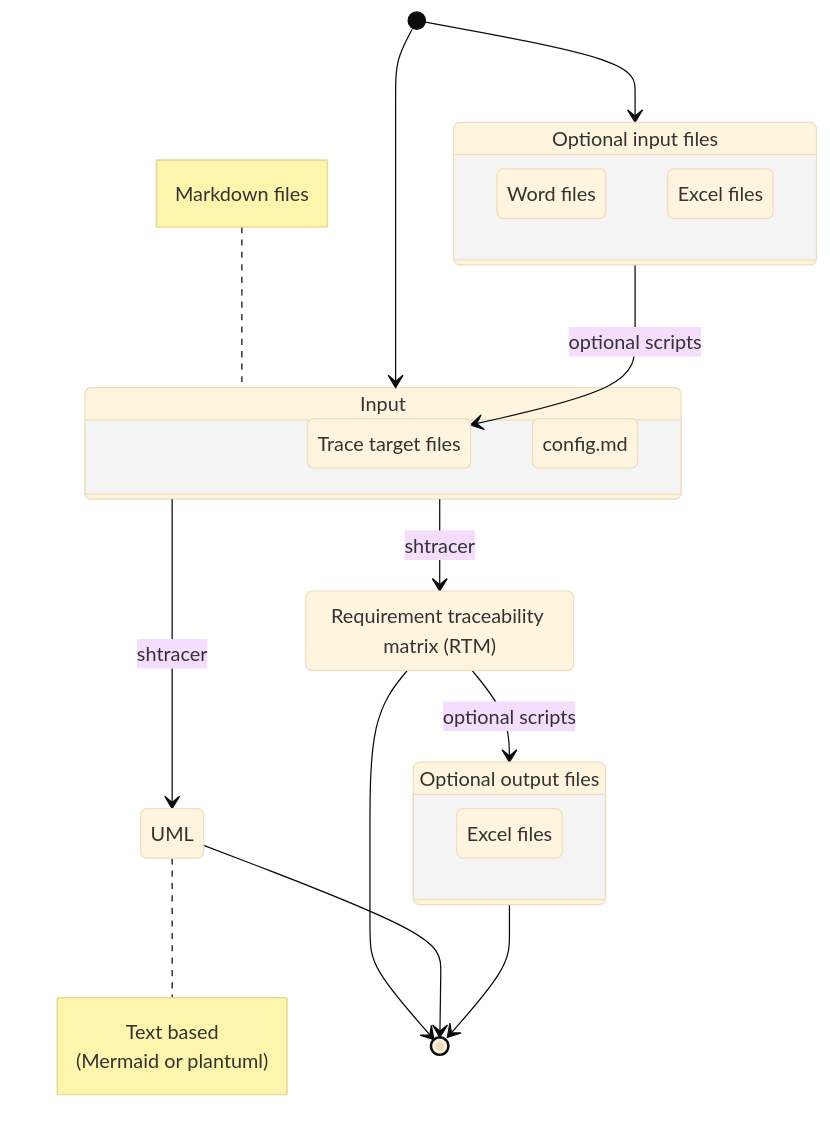
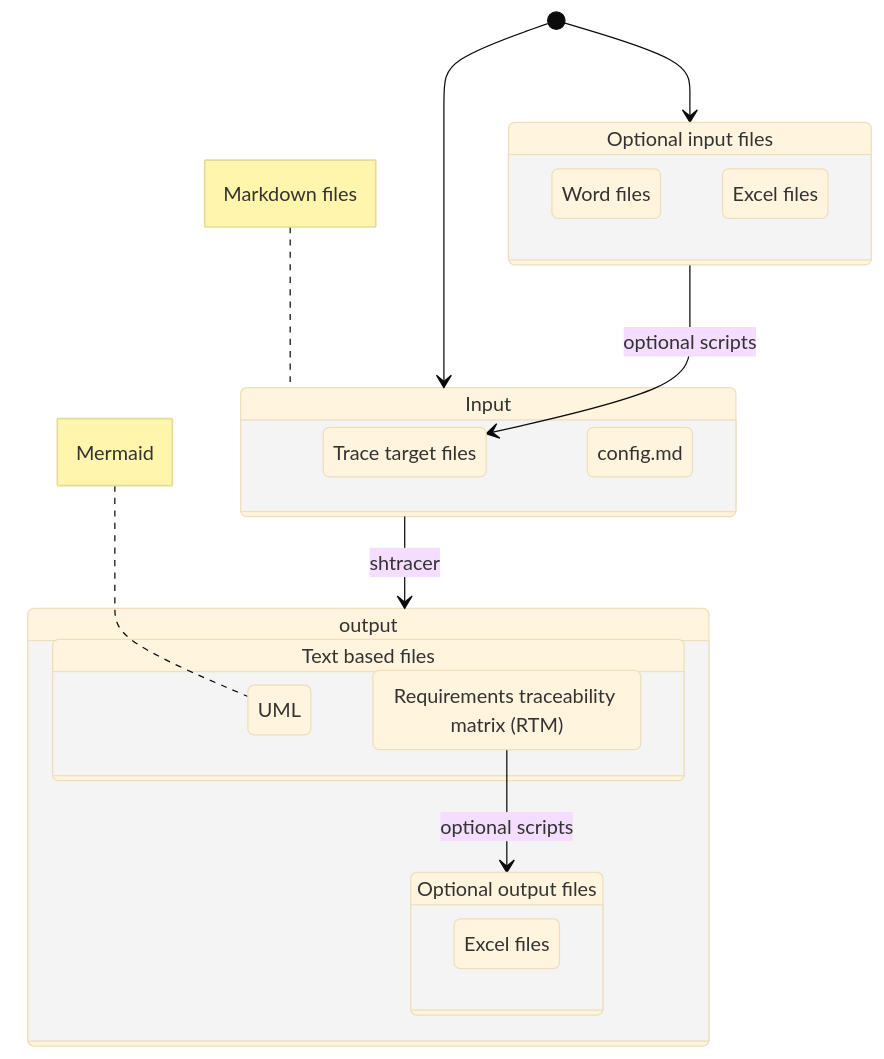
The first of 2 diagrams in README.md (qq3g7bad/shtracer), drawn with Mermaid (base theme) before and after one commit. The commit also changed other lines of this file and 18 other files, not shown here.

````diff
--- a/README.md
+++ b/README.md
@@ -12,43 +12,45 @@
 ```mermaid
 stateDiagram
 
-rtm:Requirement traceability matrix (RTM)
-uml:UML
-
 input:Input
 opt_input:Optional input files
-opt_output:Optional output files
 
 state input {
   targetfiles:Trace target files
   config:config.md
 }
 state opt_input {
   wordinput:Word files
   excelinput:Excel files
 }
+note left of input
+  Markdown files
+end note
+
+note left of uml
+  Mermaid
+end note
+
+[*] --> input
+[*] --> opt_input
+
+opt_input --> targetfiles : optional scripts
+
+state output {
+  txt_output: Text based files
+  opt_output:Optional output files
+}
+
+state txt_output {
+  rtm:Requirements traceability matrix (RTM)
+  uml:UML
+}
+
 state opt_output {
   exceloutput:Excel files
 }
 
-note left of input
-  Markdown files
-end note
+input --> output : shtracer
+rtm --> opt_output : optional scripts
 
-note right of uml
-  Text based
-  (Mermaid or plantuml)
-end note
-
-[*] --> input
-[*] --> opt_input
-opt_input --> targetfiles : optional scripts
-
-input --> rtm : shtracer
-input --> uml : shtracer
-
-rtm --> [*]
-uml --> [*]
-rtm --> opt_output : optional scripts
-opt_output --> [*]
 ```
````
